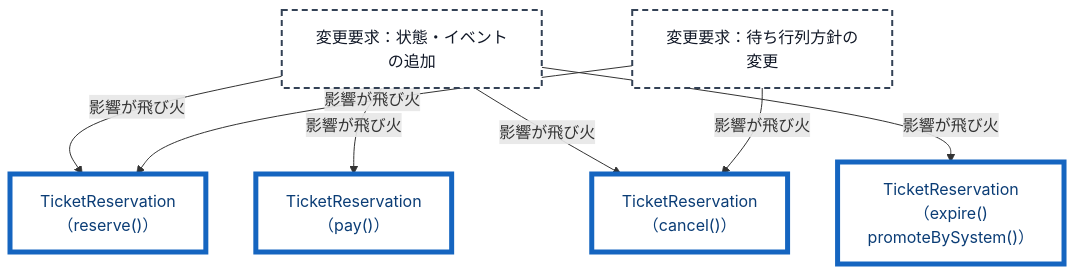
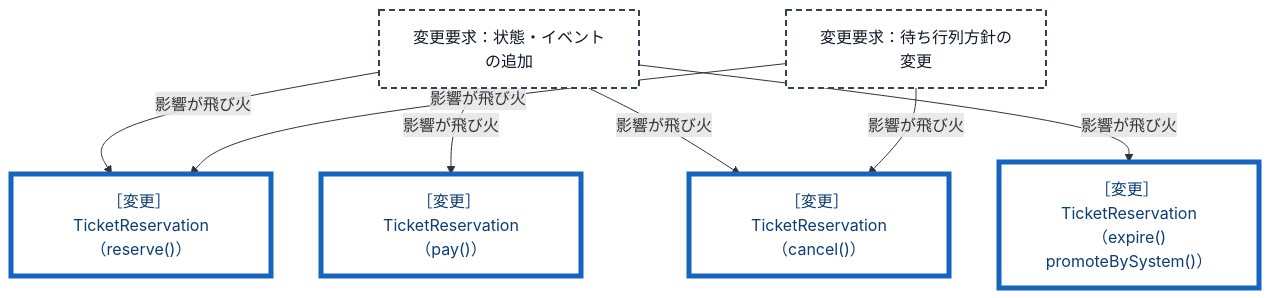
The ninth of 20 diagrams in kindle/design-patterns/books/volume01-core-patterns/output/04-chapter02.md (kumachan1101-pixel/DesignPattern), drawn with Mermaid before and after one commit. The commit also changed other lines of this file and 40 other files, not shown here.

````diff
--- a/kindle/design-patterns/books/volume01-core-patterns/output/04-chapter02.md
+++ b/kindle/design-patterns/books/volume01-core-patterns/output/04-chapter02.md
@@ -1286,13 +1309,13 @@
 ```mermaid
 graph TD
-    T1["変更要求：状態・イベントの追加"]:::req -->|"影響が飛び火"| A["TicketReservation<br>（reserve()）"]:::touched
-    T1 -->|"影響が飛び火"| B["TicketReservation<br>（pay()）"]:::touched
-    T1 -->|"影響が飛び火"| C["TicketReservation<br>（cancel()）"]:::touched
-    T1 -->|"影響が飛び火"| D["TicketReservation<br>（expire()<br>promoteBySystem()）"]:::touched
+    T1["変更要求：状態・イベントの追加"]:::req -->|"影響が飛び火"| A["［変更］ TicketReservation<br>（reserve()）"]:::touched
+    T1 -->|"影響が飛び火"| B["［変更］ TicketReservation<br>（pay()）"]:::touched
+    T1 -->|"影響が飛び火"| C["［変更］ TicketReservation<br>（cancel()）"]:::touched
+    T1 -->|"影響が飛び火"| D["［変更］ TicketReservation<br>（expire()<br>promoteBySystem()）"]:::touched
     T2["変更要求：待ち行列方針の変更"]:::req -->|"影響が飛び火"| A
     T2 -->|"影響が飛び火"| C
 
     classDef req fill:#ffffff,stroke:#334155,stroke-width:2px,stroke-dasharray:6 4,color:#111827;
     classDef keep fill:#f1f5f9,stroke:#94a3b8,color:#334155;
     classDef touched fill:#ffffff,stroke:#1565c0,stroke-width:5px,color:#0b3d76;
 ```
````
